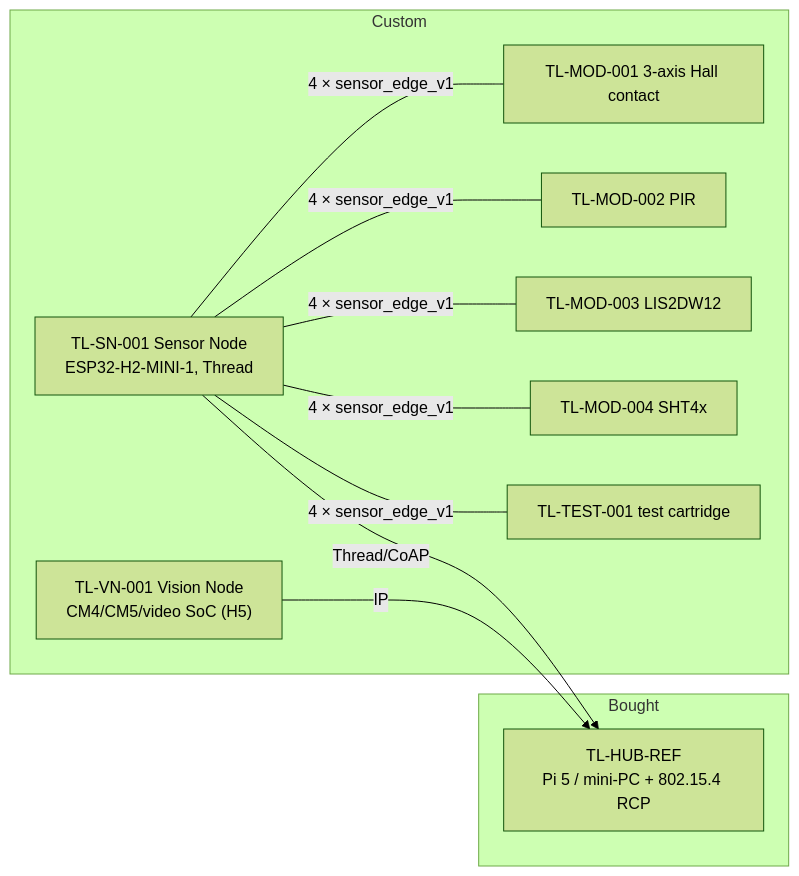
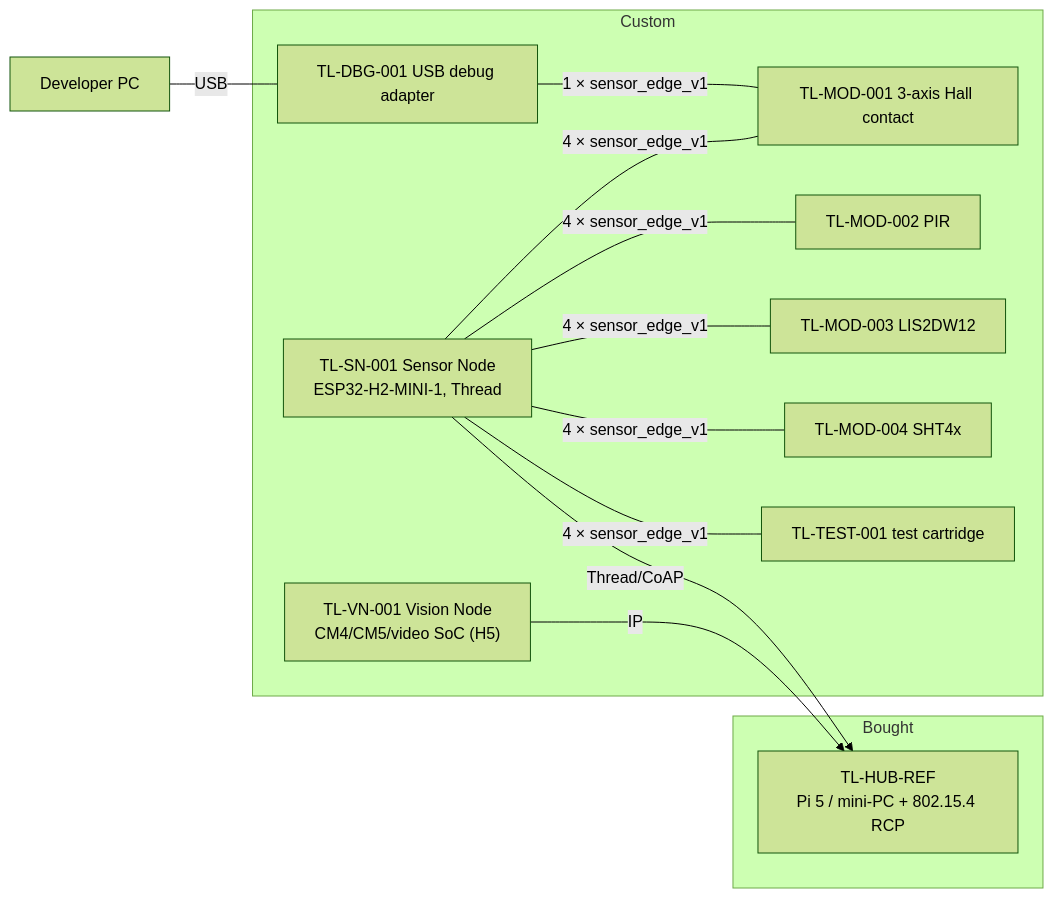
The first of 2 diagrams in hardware/architecture/hardware-overview.md (Slightly-Autonomous/talos), drawn with Mermaid (forest theme) before and after one commit. The commit also changed 46 other files, not shown here.

````diff
--- a/hardware/architecture/hardware-overview.md
+++ b/hardware/architecture/hardware-overview.md
@@ -7,18 +7,21 @@
 ```mermaid
 flowchart LR
   subgraph Bought
     HUB["TL-HUB-REF<br/>Pi 5 / mini-PC + 802.15.4 RCP"]
   end
   subgraph Custom
     SN["TL-SN-001 Sensor Node<br/>ESP32-H2-MINI-1, Thread"]
     VN["TL-VN-001 Vision Node<br/>CM4/CM5/video SoC (H5)"]
     M1["TL-MOD-001 3-axis Hall contact"]
     M2["TL-MOD-002 PIR"]
     M3["TL-MOD-003 LIS2DW12"]
     M4["TL-MOD-004 SHT4x"]
     T1["TL-TEST-001 test cartridge"]
+    DBG["TL-DBG-001 USB debug adapter"]
   end
+  PC["Developer PC"] -- USB --- DBG
+  DBG -- "1 × sensor_edge_v1" --- M1
   SN -- "4 × sensor_edge_v1" --- M1 & M2 & M3 & M4 & T1
   SN -- Thread/CoAP --> HUB
   VN -- IP --> HUB
 ```
````
